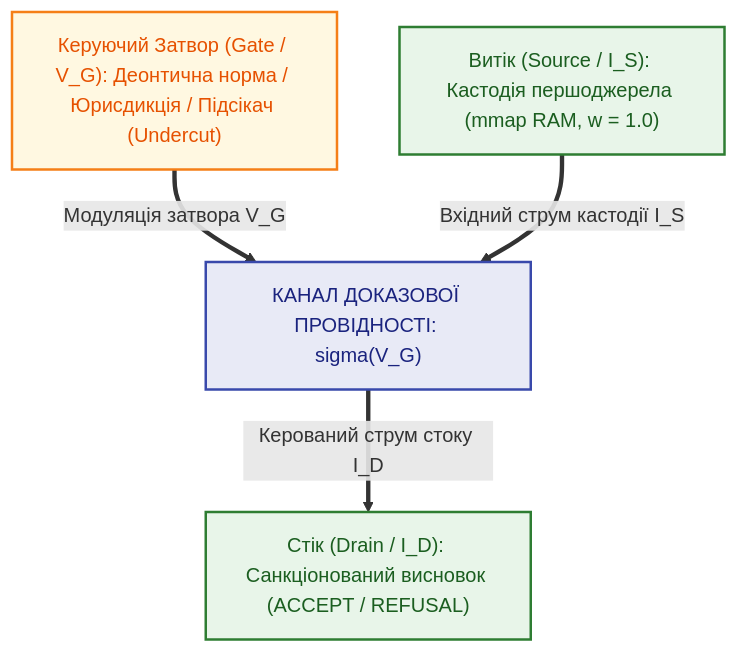
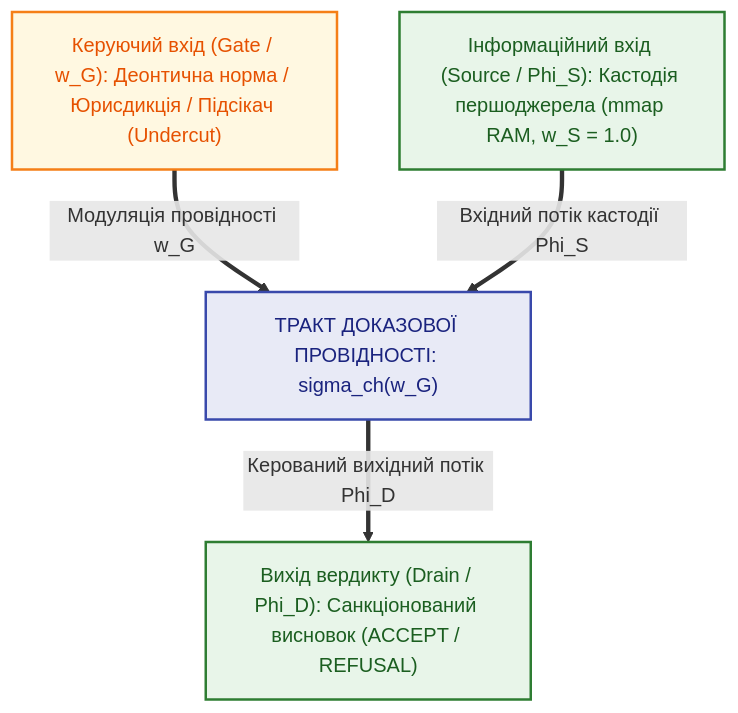
The first of 2 diagrams in Epistemic_Circuit_Theory/ch06-epistemic-triode-and-transistor.md (nick-fedchik/articles), drawn with Mermaid before and after one commit. The commit also changed other lines of this file and 10 other files, not shown here.

````diff
--- a/Epistemic_Circuit_Theory/ch06-epistemic-triode-and-transistor.md
+++ b/Epistemic_Circuit_Theory/ch06-epistemic-triode-and-transistor.md
@@ -43,21 +41,21 @@
 ```mermaid
 flowchart TD
-    accTitle: Топологія тритермінального епістемічного тріода (транзистора)
-    accDescr: Затвор (Gate) керує провідністю каналу між Витоком (Source) з кастодією першоджерела та Стоком (Drain) санкціонованого вердикту.
+    accTitle: Рисунок 6.1. Топологія тритермінального деонтичного вентиля
+    accDescr: Керуючий вхід (Gate) модулює провідність тракту між інформаційним входом Джерела (Source) з кастодією першоджерела та виходом Вердикту (Drain).
 
-    Gate["Керуючий Затвор (Gate / V_G): Деонтична норма / Юрисдикція / Підсікач (Undercut)"]
-    Source["Витік (Source / I_S): Кастодія першоджерела (mmap RAM, w = 1.0)"]
-    Channel["КАНАЛ ДОКАЗОВОЇ ПРОВІДНОСТІ: sigma(V_G)"]
-    Drain["Стік (Drain / I_D): Санкціонований висновок (ACCEPT / REFUSAL)"]
+    Gate["Керуючий вхід (Gate / w_G): Деонтична норма / Юрисдикція / Підсікач (Undercut)"]
+    Source["Інформаційний вхід (Source / Phi_S): Кастодія першоджерела (mmap RAM, w_S = 1.0)"]
+    Channel["ТРАКТ ДОКАЗОВОЇ ПРОВІДНОСТІ: sigma_ch(w_G)"]
+    Drain["Вихід вердикту (Drain / Phi_D): Санкціонований висновок (ACCEPT / REFUSAL)"]
 
-    Gate ==>|"Модуляція затвора V_G"| Channel
-    Source ==>|"Вхідний струм кастодії I_S"| Channel
-    Channel ==>|"Керований струм стоку I_D"| Drain
+    Gate ==>|"Модуляція провідності w_G"| Channel
+    Source ==>|"Вхідний потік кастодії Phi_S"| Channel
+    Channel ==>|"Керований вихідний потік Phi_D"| Drain
 
     classDef gate fill:#fff8e1,stroke:#f57f17,stroke-width:2px,color:#e65100;
     classDef channel fill:#e8eaf6,stroke:#3949ab,stroke-width:2px,color:#1a237e;
     classDef io fill:#e8f5e9,stroke:#2e7d32,stroke-width:2px,color:#1b5e20;
     class Gate gate;
     class Channel channel;
     class Source,Drain io;
 ```
````
